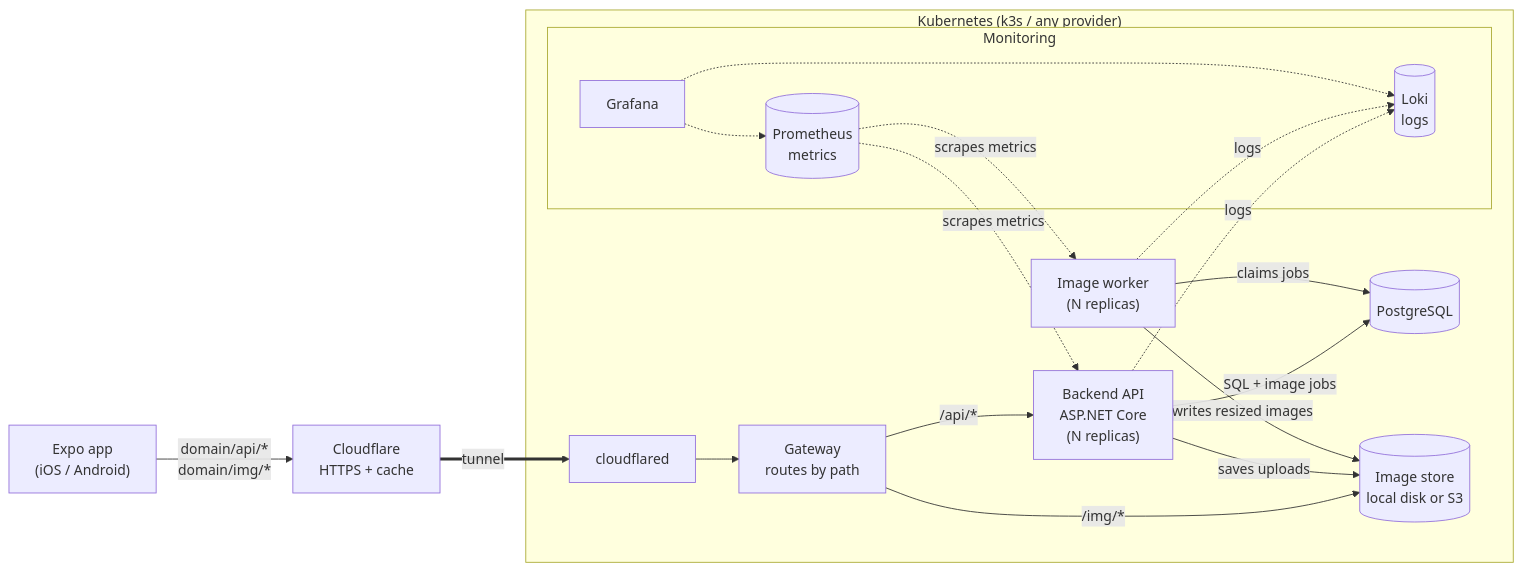
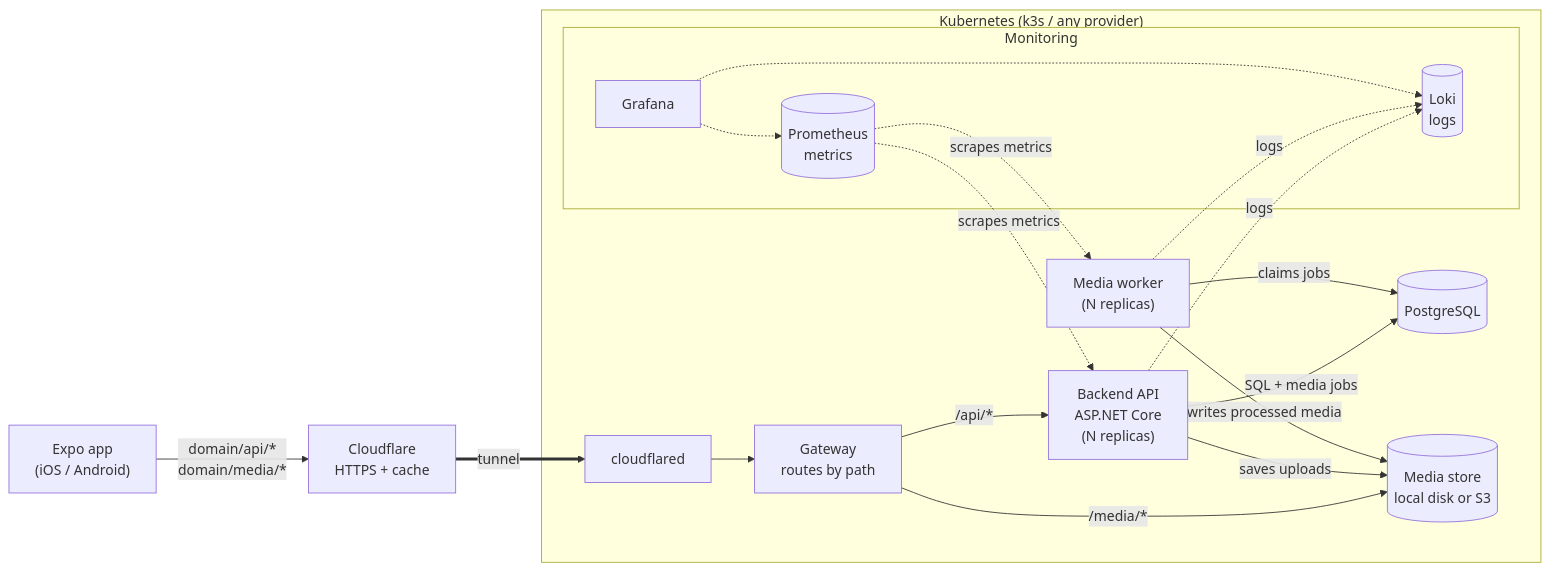
One commit to Aarhus-tech-project/2026q4-h5-projektstyring-og-app-programmering-group-2 changed the first of 2 diagrams in ServiceDiagram.md. Above: the diagram before and after it, drawn with Mermaid. The commit also changed other lines of this file and 1 other file, not shown here.

Commit message:
newer service diagram

````diff
--- a/ServiceDiagram.md
+++ b/ServiceDiagram.md
@@ -3,41 +3,41 @@
 ```mermaid
 flowchart LR
     app["Expo app<br/>(iOS / Android)"]
     cf["Cloudflare<br/>HTTPS + cache"]
 
     subgraph k8s["Kubernetes (k3s / any provider)"]
         tunnel["cloudflared"]
         gw["Gateway<br/>routes by path"]
 
         backend["Backend API<br/>ASP.NET Core<br/>(N replicas)"]
-        worker["Image worker<br/>(N replicas)"]
+        worker["Media worker<br/>(N replicas)"]
 
         db[("PostgreSQL")]
-        store[("Image store<br/>local disk or S3")]
+        store[("Media store<br/>local disk or S3")]
 
         subgraph obs["Monitoring"]
             prom[("Prometheus<br/>metrics")]
             loki[("Loki<br/>logs")]
             grafana["Grafana"]
         end
     end
 
-    app -- "domain/api/*<br/>domain/img/*" --> cf
+    app -- "domain/api/*<br/>domain/media/*" --> cf
     cf == "tunnel" ==> tunnel
     tunnel --> gw
 
     gw -- "/api/*" --> backend
-    gw -- "/img/*" --> store
+    gw -- "/media/*" --> store
 
-    backend -- "SQL + image jobs" --> db
+    backend -- "SQL + media jobs" --> db
     worker -- "claims jobs" --> db
     backend -- "saves uploads" --> store
-    worker -- "writes resized images" --> store
+    worker -- "writes processed media" --> store
 
     backend -. "logs" .-> loki
     worker -. "logs" .-> loki
     prom -. "scrapes metrics" .-> backend
     prom -. "scrapes metrics" .-> worker
     grafana -.-> prom
     grafana -.-> loki
 ```
````
